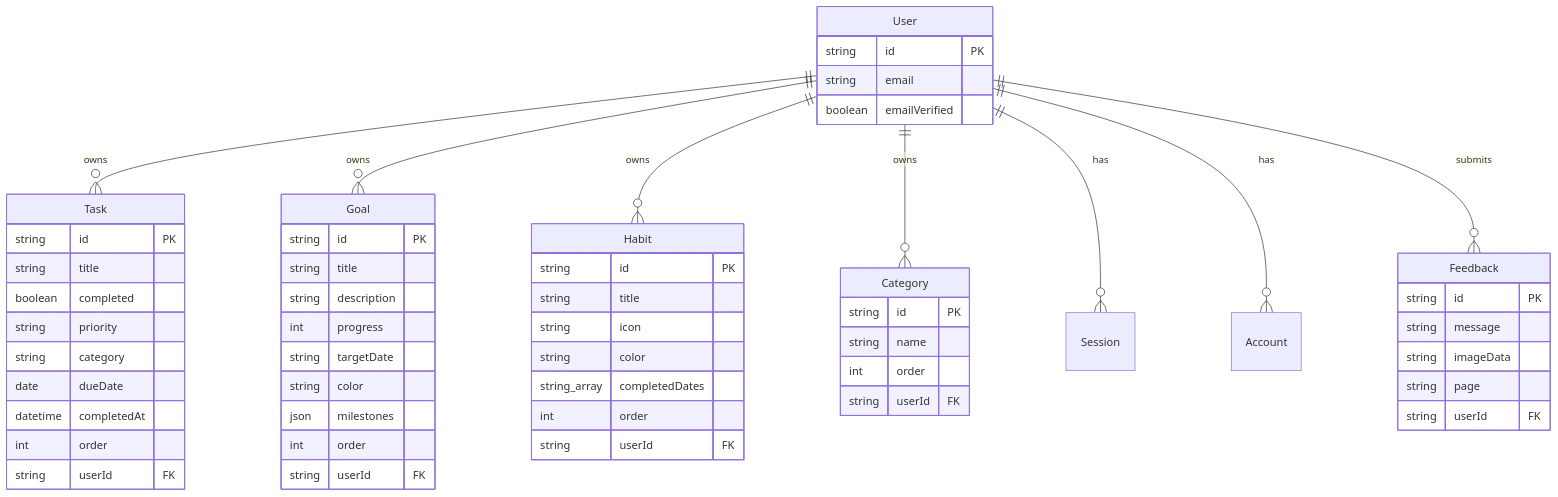
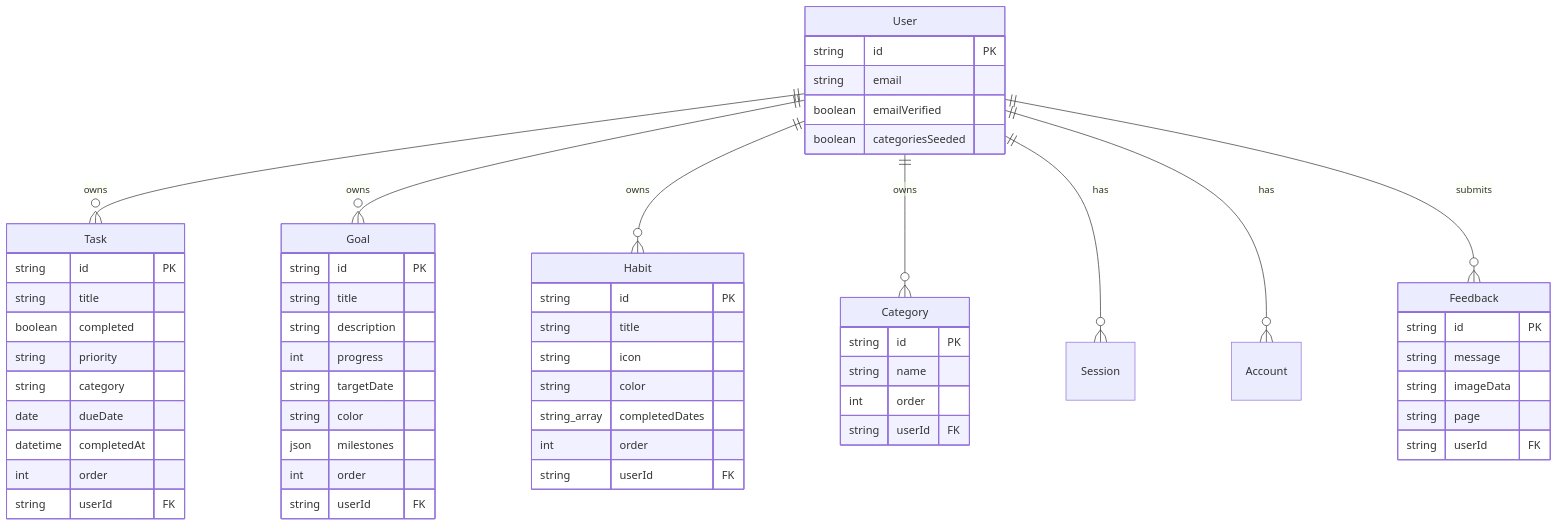
Before and after one commit to Elf1movv/TaskTrackerNew: the diagram in docs/ARCHITECTURE.md, drawn with Mermaid. The commit also changed 13 other files, not shown here.

````diff
--- a/docs/ARCHITECTURE.md
+++ b/docs/ARCHITECTURE.md
@@ -252,59 +252,60 @@
 ```mermaid
 erDiagram
     User ||--o{ Task : owns
     User ||--o{ Goal : owns
     User ||--o{ Habit : owns
     User ||--o{ Category : owns
     User ||--o{ Session : has
     User ||--o{ Account : has
     User ||--o{ Feedback : submits
     Task {
         string id PK
         string title
         boolean completed
         string priority
         string category
         date dueDate
         datetime completedAt
         int order
         string userId FK
     }
     Goal {
         string id PK
         string title
         string description
         int progress
         string targetDate
         string color
         json milestones
         int order
         string userId FK
     }
     Habit {
         string id PK
         string title
         string icon
         string color
         string_array completedDates
         int order
         string userId FK
     }
     Category {
         string id PK
         string name
         int order
         string userId FK
     }
     User {
         string id PK
         string email
         boolean emailVerified
+        boolean categoriesSeeded
     }
     Feedback {
         string id PK
         string message
         string imageData
         string page
         string userId FK
     }
 ```
````
